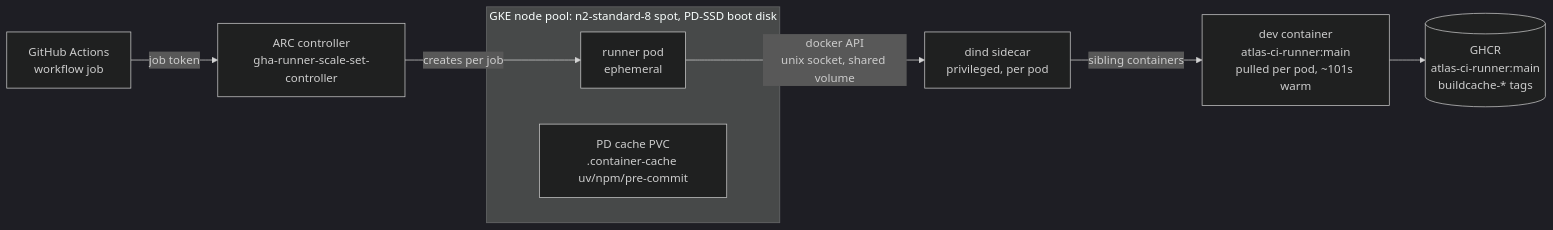
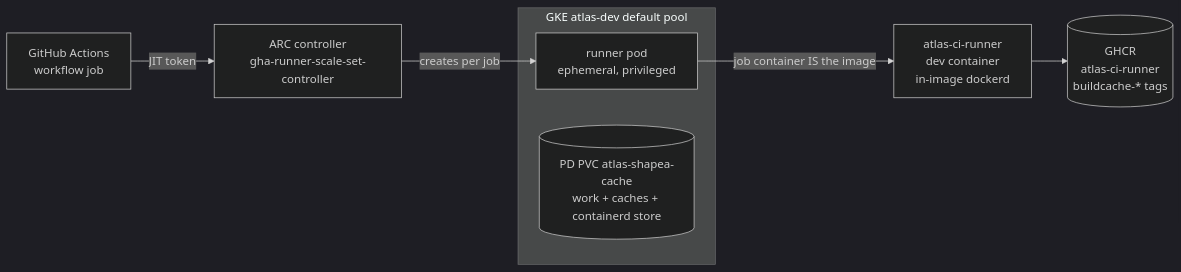
The diagram in docs/architecture/self-hosted-ci.md (aureliusenterprise/aurelius-atlas), drawn with Mermaid (dark theme) before and after one commit. The commit also changed other lines of this file and 15 other files, not shown here.

First line of the commit message:
ci: flip ci.yaml to Shape A - run the pipeline in the dev container image

````diff
--- a/docs/architecture/self-hosted-ci.md
+++ b/docs/architecture/self-hosted-ci.md
@@ -40,12 +16,11 @@
 ```mermaid
 flowchart LR
-    GH[GitHub Actions<br/>workflow job] -->|job token| ARC[ARC controller<br/>gha-runner-scale-set-controller]
-    ARC -->|creates per job| POD[runner pod<br/>ephemeral]
-    subgraph NODE[GKE node pool: n2-standard-8 spot, PD-SSD boot disk]
+    GH[GitHub Actions<br/>workflow job] -->|JIT token| ARC[ARC controller<br/>gha-runner-scale-set-controller]
+    ARC -->|creates per job| POD[runner pod<br/>ephemeral, privileged]
+    subgraph NODE[GKE atlas-dev default pool]
         POD
-        FS[PD cache PVC<br/>.container-cache uv/npm/pre-commit]
+        PVC[(PD PVC atlas-shapea-cache<br/>work + caches + containerd store)]
     end
-    POD -->|docker API<br/>unix socket, shared volume| DIND[dind sidecar<br/>privileged, per pod]
-    DIND -->|sibling containers| DC[dev container<br/>atlas-ci-runner:main<br/>pulled per pod, ~101s warm]
-    DC --> GHCR[(GHCR<br/>atlas-ci-runner:main<br/>buildcache-* tags)]
+    POD -->|job container IS the image| DC[atlas-ci-runner<br/>dev container<br/>in-image dockerd]
+    DC --> GHCR[(GHCR<br/>atlas-ci-runner<br/>buildcache-* tags)]
 ```
````
